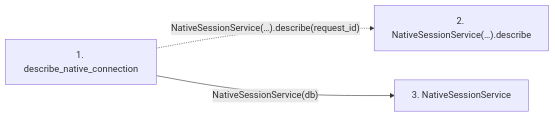
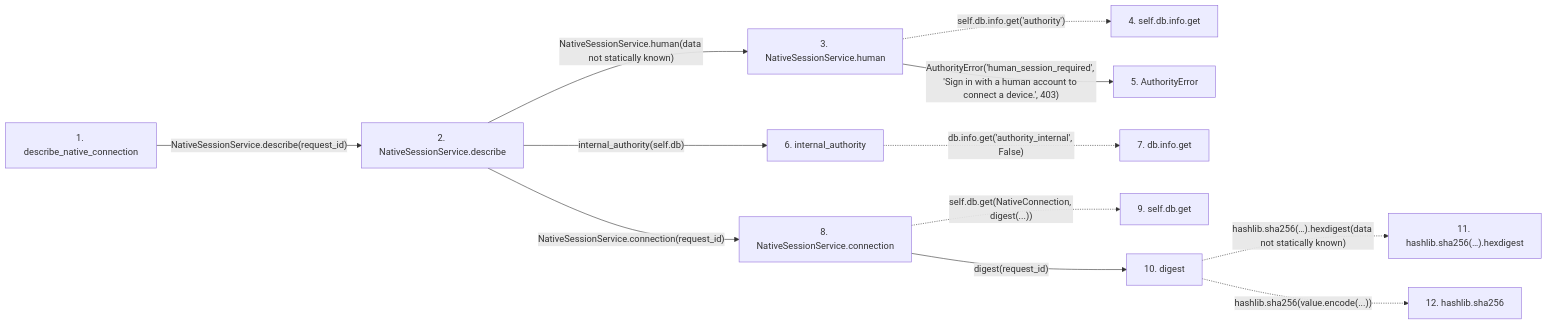
The second of 2 diagrams in docs/llm_wiki/flows/http-describe_native_connection.md (Denissvgn/WorkChord), drawn with Mermaid before and after one commit. The commit also changed other lines of this file and 25171 other files, not shown here.

````diff
--- a/docs/llm_wiki/flows/http-describe_native_connection.md
+++ b/docs/llm_wiki/flows/http-describe_native_connection.md
@@ -22,10 +98,33 @@
 ```mermaid
 flowchart LR
     s1["1. describe_native_connection"]
-    s2["2. NativeSessionService(…).describe"]
-    s3["3. NativeSessionService"]
-    s1 -. "NativeSessionService(…).describe(request_id)" .-> s2
-    s1 -->|"NativeSessionService(db)"| s3
+    s2["2. NativeSessionService.describe"]
+    s3["3. NativeSessionService.human"]
+    s4["4. self.db.info.get"]
+    s5["5. AuthorityError"]
+    s6["6. internal_authority"]
+    s7["7. db.info.get"]
+    s8["8. NativeSessionService.connection"]
+    s9["9. self.db.get"]
+    s10["10. digest"]
+    s11["11. hashlib.sha256(…).hexdigest"]
+    s12["12. hashlib.sha256"]
+    s1 -->|"NativeSessionService.describe(request_id)"| s2
+    s2 -->|"NativeSessionService.human(data not statically known)"| s3
+    s3 -. "self.db.info.get('authority')" .-> s4
+    s3 -->|"AuthorityError('human_session_required', 'Sign in with a human account to connect a device.', 403)"| s5
+    s2 -->|"internal_authority(self.db)"| s6
+    s6 -. "db.info.get('authority_internal', False)" .-> s7
+    s2 -->|"NativeSessionService.connection(request_id)"| s8
+    s8 -. "self.db.get(NativeConnection, digest(...))" .-> s9
+    s8 -->|"digest(request_id)"| s10
+    s10 -. "hashlib.sha256(…).hexdigest(data not statically known)" .-> s11
+    s10 -. "hashlib.sha256(value.encode(...))" .-> s12
     click s1 "../modules/routers_identity.md"
+    click s2 "../modules/native_session_service.md"
     click s3 "../modules/native_session_service.md"
+    click s5 "../modules/authority.md"
+    click s6 "../modules/authority.md"
+    click s8 "../modules/native_session_service.md"
+    click s10 "../modules/identity_service.md"
 ```
````
